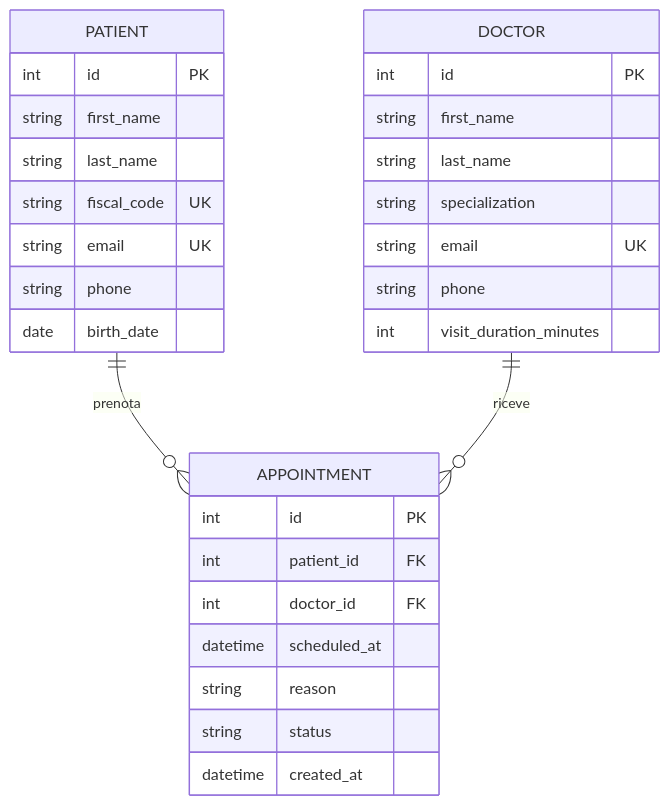
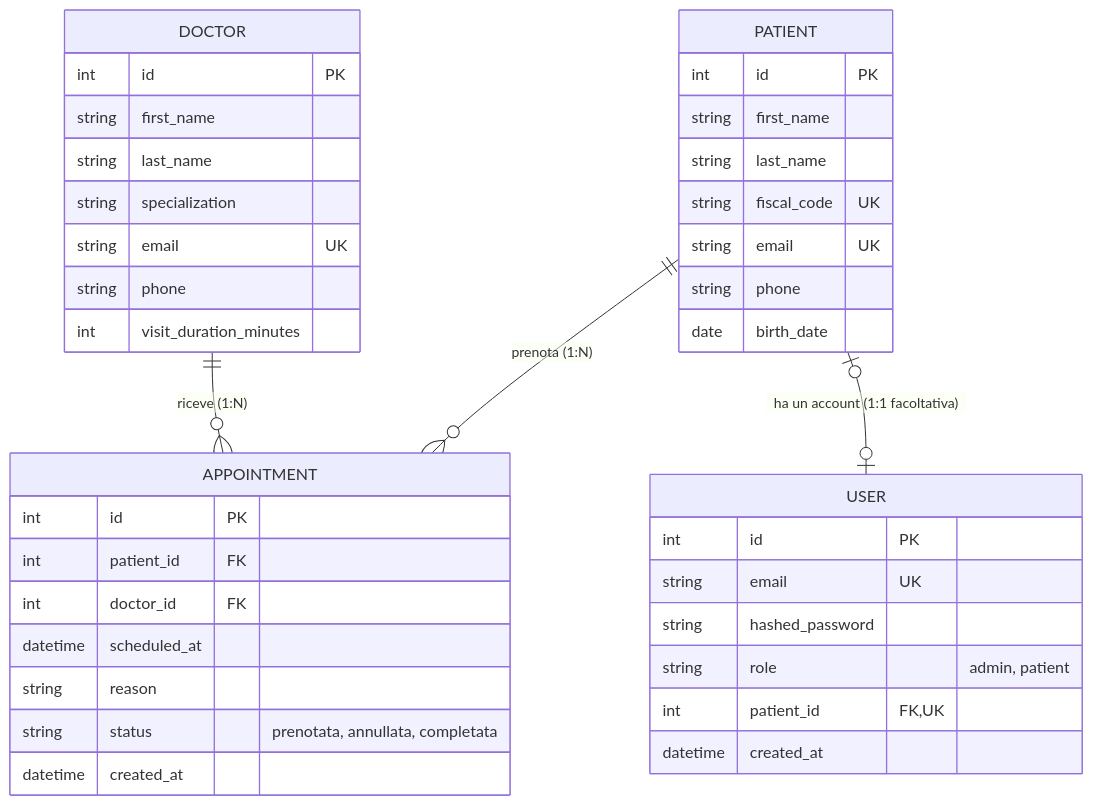
Before and after one commit to MRed91/healthcare-rossi: the diagram in docs/diagramma-er.md, drawn with Mermaid. The commit also changed other lines of this file, not shown here.

Commit message:
aggiornato diagramma er con entità utente e cardinalità delle relazioni

````diff
--- a/docs/diagramma-er.md
+++ b/docs/diagramma-er.md
@@ -7,35 +7,46 @@
 ```mermaid
+%%{init: {"theme": "default"}}%%
 erDiagram
-    PATIENT ||--o{ APPOINTMENT : "prenota"
-    DOCTOR ||--o{ APPOINTMENT : "riceve"
+    PATIENT ||--o{ APPOINTMENT : "prenota (1:N)"
+    DOCTOR ||--o{ APPOINTMENT : "riceve (1:N)"
+    PATIENT |o--o| USER : "ha un account (1:1 facoltativa)"
 
     PATIENT {
         int id PK
         string first_name
         string last_name
         string fiscal_code UK
         string email UK
         string phone
         date birth_date
     }
 
     DOCTOR {
         int id PK
         string first_name
         string last_name
         string specialization
         string email UK
         string phone
         int visit_duration_minutes
     }
 
     APPOINTMENT {
         int id PK
         int patient_id FK
         int doctor_id FK
         datetime scheduled_at
         string reason
-        string status
+        string status "prenotata, annullata, completata"
+        datetime created_at
+    }
+
+    USER {
+        int id PK
+        string email UK
+        string hashed_password
+        string role "admin, patient"
+        int patient_id FK, UK
         datetime created_at
     }
 ```
````
